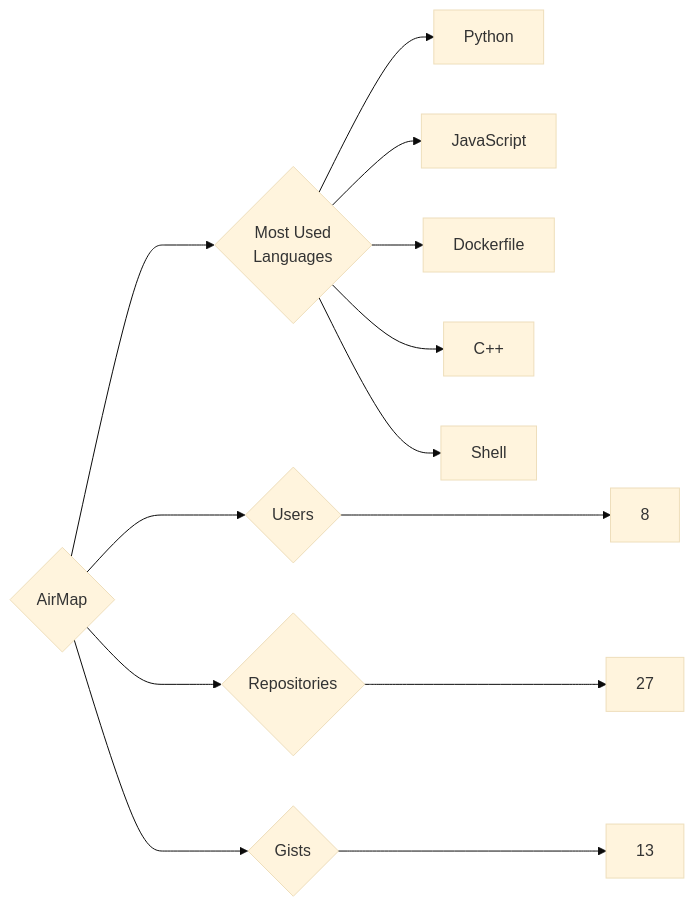
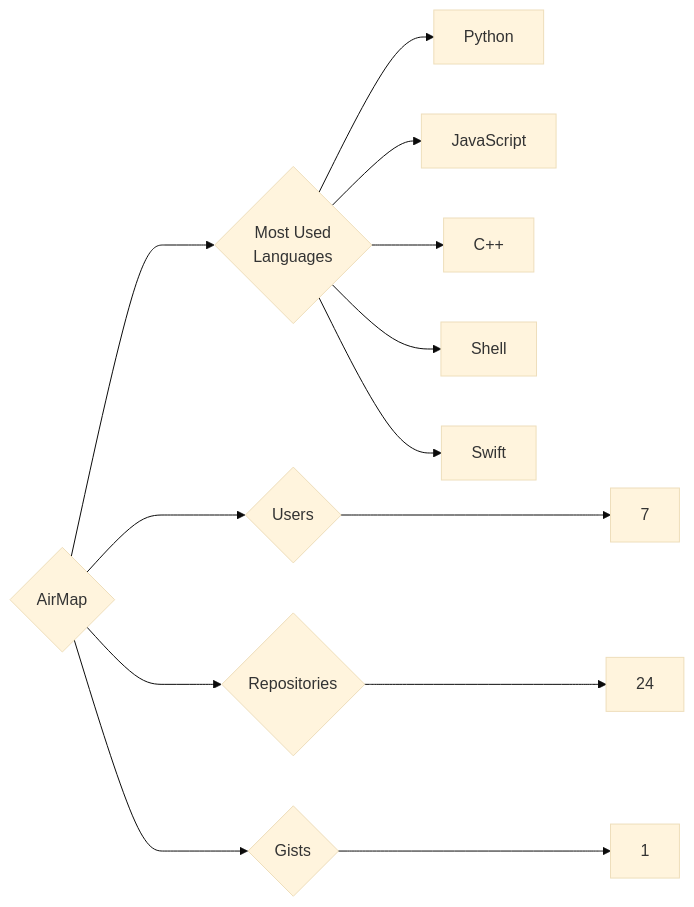
The diagram in targets/AirMap/README.md (trickest/insiders), drawn with Mermaid (base theme) before and after one commit. The commit also changed 1007 other files, not shown here.

````diff
--- a/targets/AirMap/README.md
+++ b/targets/AirMap/README.md
@@ -3,13 +3,13 @@
 ```mermaid
 graph LR
 COMPANY_NAME{AirMap}
-COMPANY_NAME ---> U{Users} ---> UN[8]
-COMPANY_NAME ---> R{Repositories} ---> RN[27]
-COMPANY_NAME ---> G{Gists} ---> GN[13]
+COMPANY_NAME ---> U{Users} ---> UN[7]
+COMPANY_NAME ---> R{Repositories} ---> RN[24]
+COMPANY_NAME ---> G{Gists} ---> GN[1]
 COMPANY_NAME ---> ML{Most Used<br>Languages}
 ML --> Python[Python]
 ML --> JavaScript[JavaScript]
-ML --> Dockerfile[Dockerfile]
 ML --> C++[C++]
 ML --> Shell[Shell]
+ML --> Swift[Swift]
 ```
````
